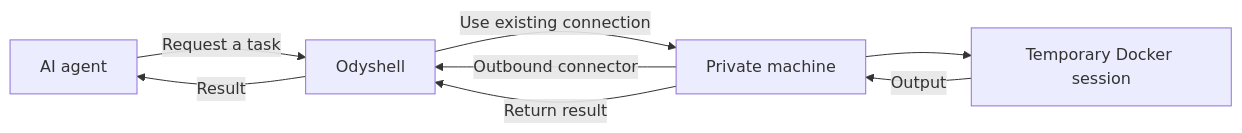
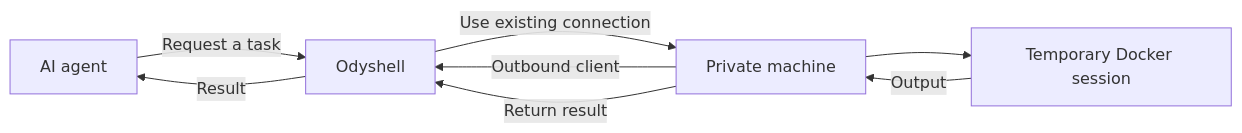
One commit to kapeka0/Odyshell changed the diagram in README.md. Above: the diagram before and after it, drawn with Mermaid. The commit also changed other lines of this file and 28 other files, not shown here.

````diff
--- a/README.md
+++ b/README.md
@@ -17,10 +17,10 @@
 ```mermaid
 flowchart LR
     A["AI agent"] -->|"Request a task"| O["Odyshell"]
-    M["Private machine"] -->|"Outbound connector"| O
+    M["Private machine"] -->|"Outbound client"| O
     O -->|"Use existing connection"| M
     M --> D["Temporary Docker session"]
     D -->|"Output"| M
     M -->|"Return result"| O
     O -->|"Result"| A
 ```
````
